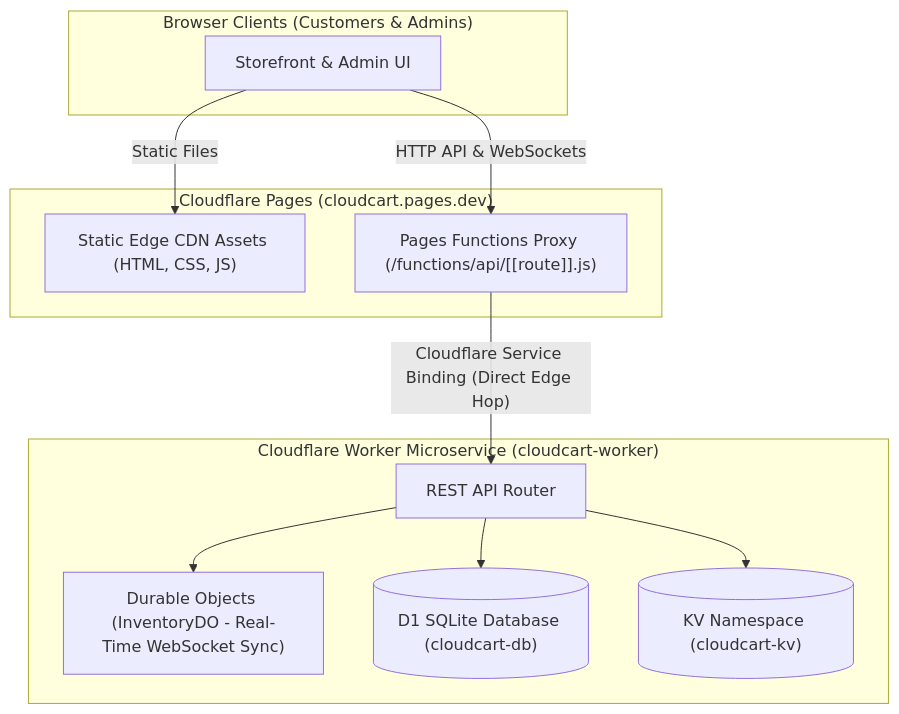
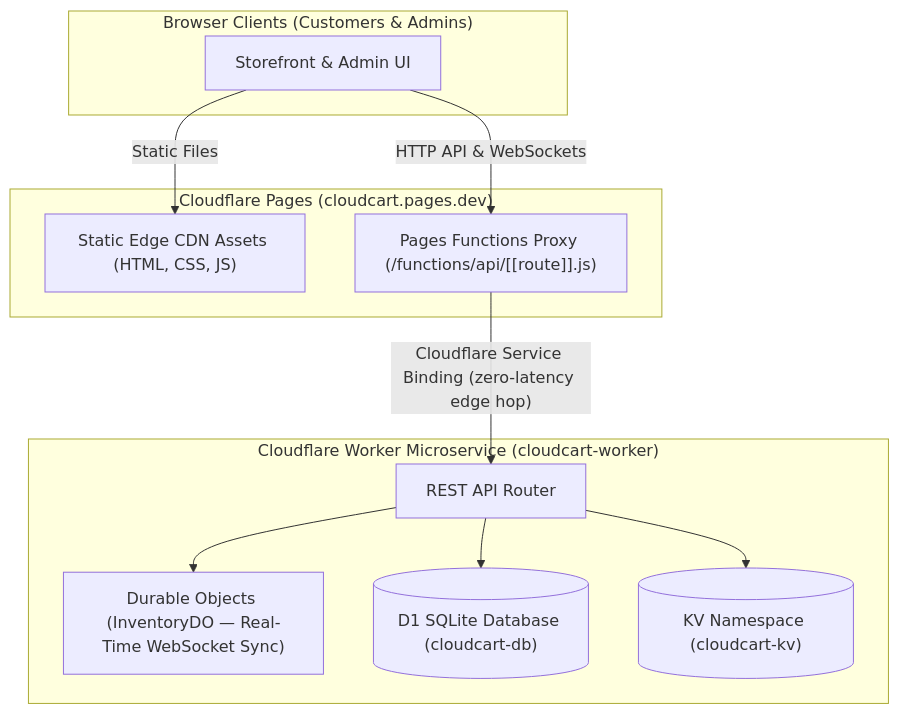
The diagram in README.md (ShreeMaiya/CloudCart), drawn with Mermaid before and after one commit. The commit also changed other lines of this file and 4 other files, not shown here.

````diff
--- a/README.md
+++ b/README.md
@@ -9,25 +9,25 @@
 ```mermaid
 flowchart TD
     subgraph Client["Browser Clients (Customers & Admins)"]
         UI["Storefront & Admin UI"]
     end
 
     subgraph Pages["Cloudflare Pages (cloudcart.pages.dev)"]
         StaticAssets["Static Edge CDN Assets (HTML, CSS, JS)"]
         PagesFunction["Pages Functions Proxy (/functions/api/[[route]].js)"]
     end
 
     subgraph Worker["Cloudflare Worker Microservice (cloudcart-worker)"]
         API["REST API Router"]
-        DO["Durable Objects (InventoryDO - Real-Time WebSocket Sync)"]
+        DO["Durable Objects (InventoryDO — Real-Time WebSocket Sync)"]
         D1[("D1 SQLite Database (cloudcart-db)")]
         KV[("KV Namespace (cloudcart-kv)")]
     end
 
     UI -->|"Static Files"| StaticAssets
     UI -->|"HTTP API & WebSockets"| PagesFunction
-    PagesFunction -->|"Cloudflare Service Binding (Direct Edge Hop)"| API
+    PagesFunction -->|"Cloudflare Service Binding (zero-latency edge hop)"| API
     API --> DO
     API --> D1
     API --> KV
 ```
````
